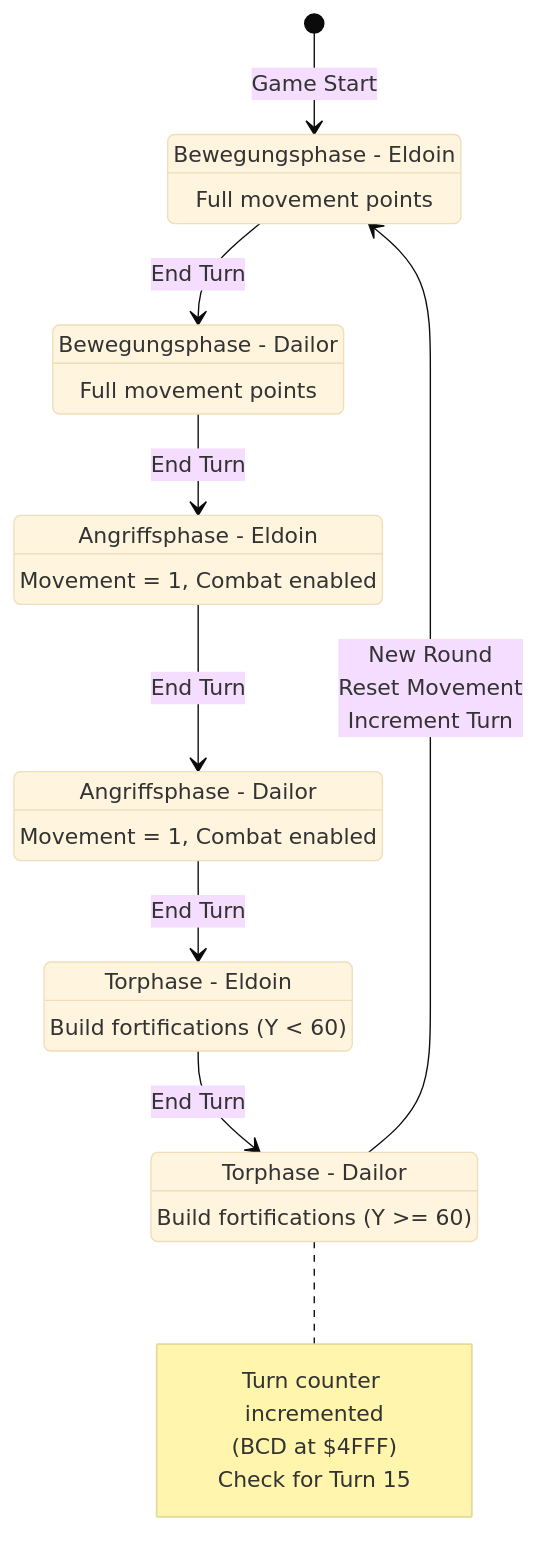
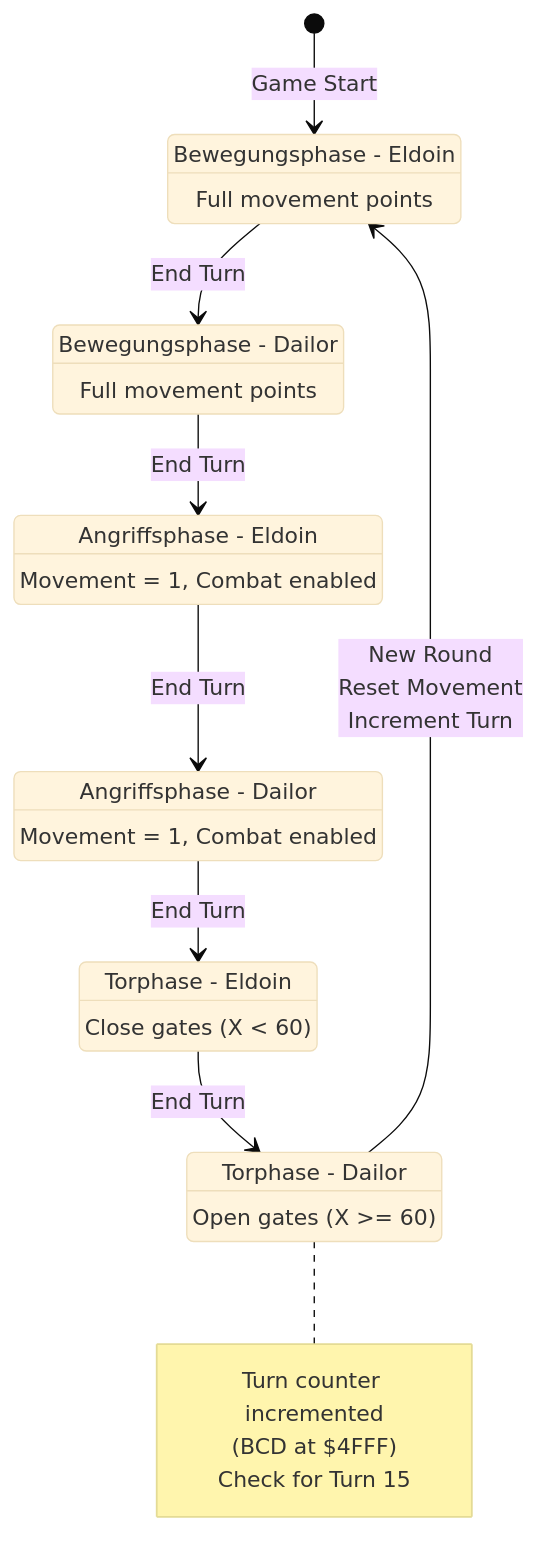
Before and after one commit to s-macke/weltendaemmerung: the second of 3 diagrams in docs/program_flow.md, drawn with Mermaid (base theme). The commit also changed other lines of this file and 6 other files, not shown here.

Commit message:
Clarify program flow

````diff
--- a/docs/program_flow.md
+++ b/docs/program_flow.md
@@ -78,35 +78,35 @@
 ```mermaid
 stateDiagram-v2
     [*] --> P1_Move: Game Start
 
     P1_Move: Bewegungsphase - Eldoin
     P1_Move: Full movement points
 
     P2_Move: Bewegungsphase - Dailor
     P2_Move: Full movement points
 
     P1_Attack: Angriffsphase - Eldoin
     P1_Attack: Movement = 1, Combat enabled
 
     P2_Attack: Angriffsphase - Dailor
     P2_Attack: Movement = 1, Combat enabled
 
     P1_Gate: Torphase - Eldoin
-    P1_Gate: Build fortifications (Y < 60)
+    P1_Gate: Close gates (X < 60)
 
     P2_Gate: Torphase - Dailor
-    P2_Gate: Build fortifications (Y >= 60)
+    P2_Gate: Open gates (X >= 60)
 
     P1_Move --> P2_Move: End Turn
     P2_Move --> P1_Attack: End Turn
     P1_Attack --> P2_Attack: End Turn
     P2_Attack --> P1_Gate: End Turn
     P1_Gate --> P2_Gate: End Turn
     P2_Gate --> P1_Move: New Round<br/>Reset Movement<br/>Increment Turn
 
     note right of P2_Gate
         Turn counter incremented
         (BCD at $4FFF)
         Check for Turn 15
     end note
 ```
````
